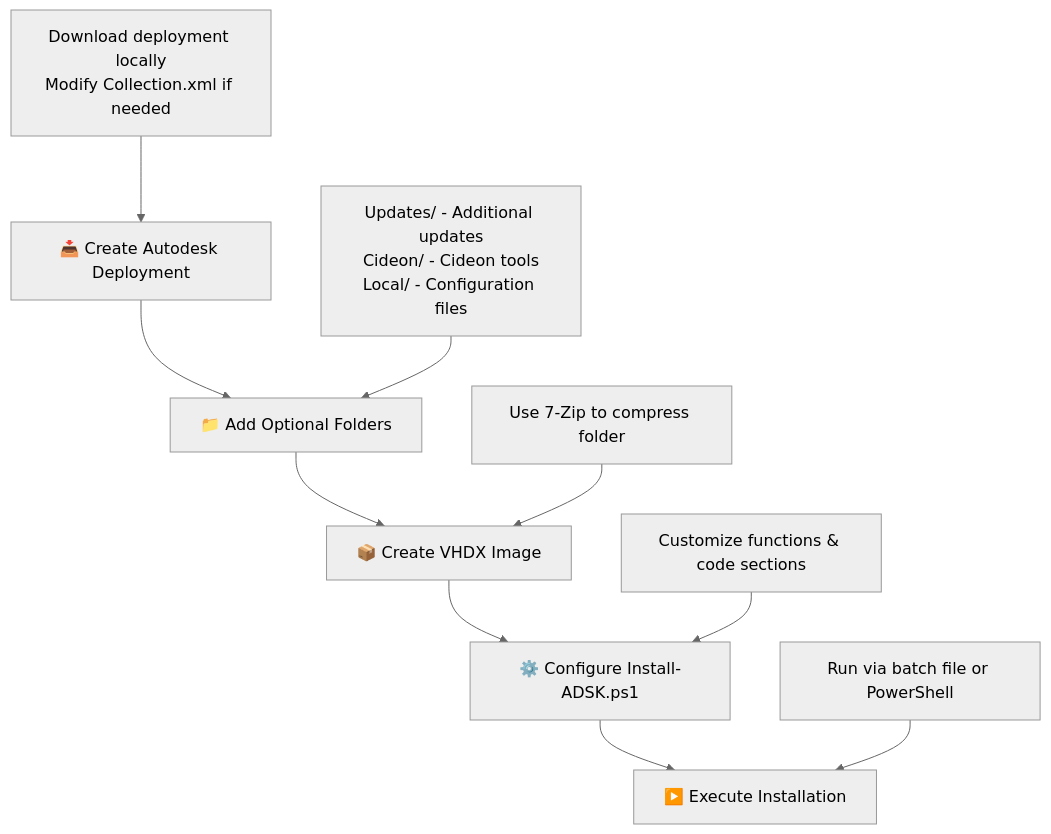
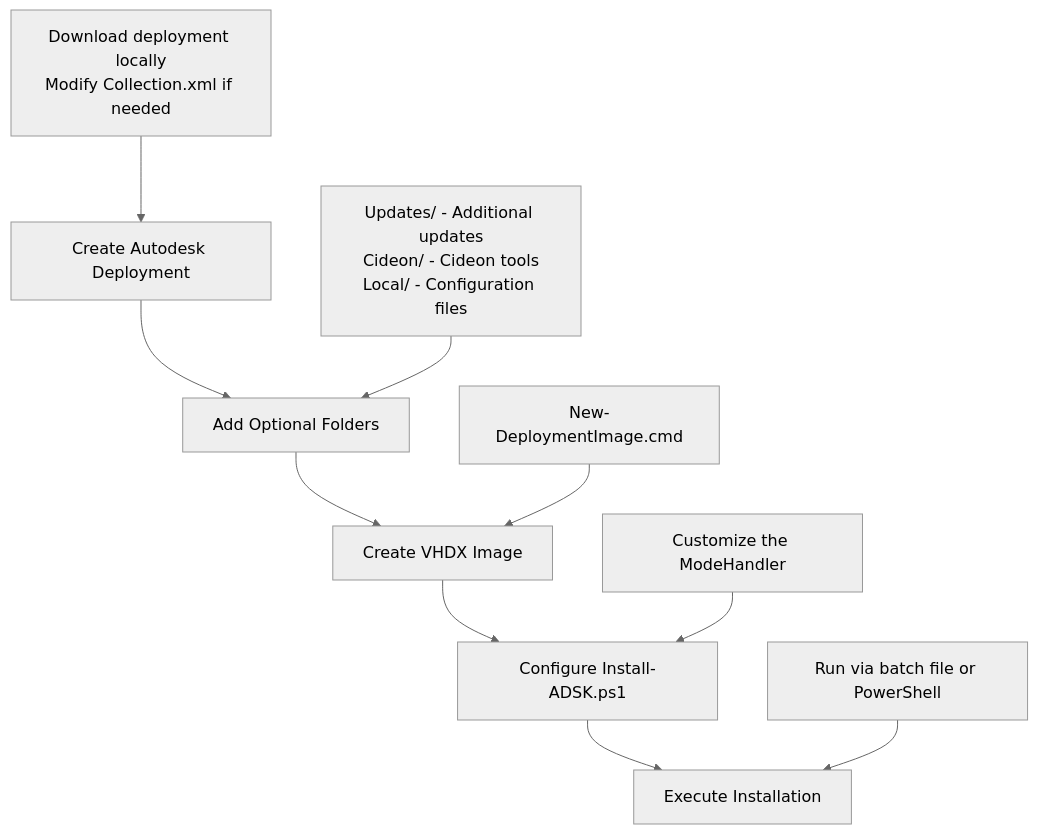
Before and after one commit to CIDEON-EC/Autodesk-Deployments: the diagram in readme.md, drawn with Mermaid (neutral theme). The commit also changed other lines of this file and 1 other file, not shown here.

````diff
--- a/readme.md
+++ b/readme.md
@@ -7,13 +38,13 @@
 ```mermaid
 graph TD
-    A[📥 Create Autodesk Deployment] --> B[📁 Add Optional Folders]
-    B --> C[📦 Create VHDX Image]
-    C --> D[⚙️ Configure Install-ADSK.ps1]
-    D --> E[▶️ Execute Installation]
+    A[Create Autodesk Deployment] --> B[Add Optional Folders]
+    B --> C[Create VHDX Image]
+    C --> D[Configure Install-ADSK.ps1]
+    D --> E[Execute Installation]
 
     A1[Download deployment locally<br/>Modify Collection.xml if needed] --> A
     B1[Updates/ - Additional updates<br/>Cideon/ - Cideon tools<br/>Local/ - Configuration files] --> B
-    C1[Use 7-Zip to compress folder] --> C
-    D1[Customize functions & code sections] --> D
+    C1[New-DeploymentImage.cmd] --> C
+    D1[Customize the ModeHandler] --> D
     E1[Run via batch file or PowerShell] --> E
 ```
````
